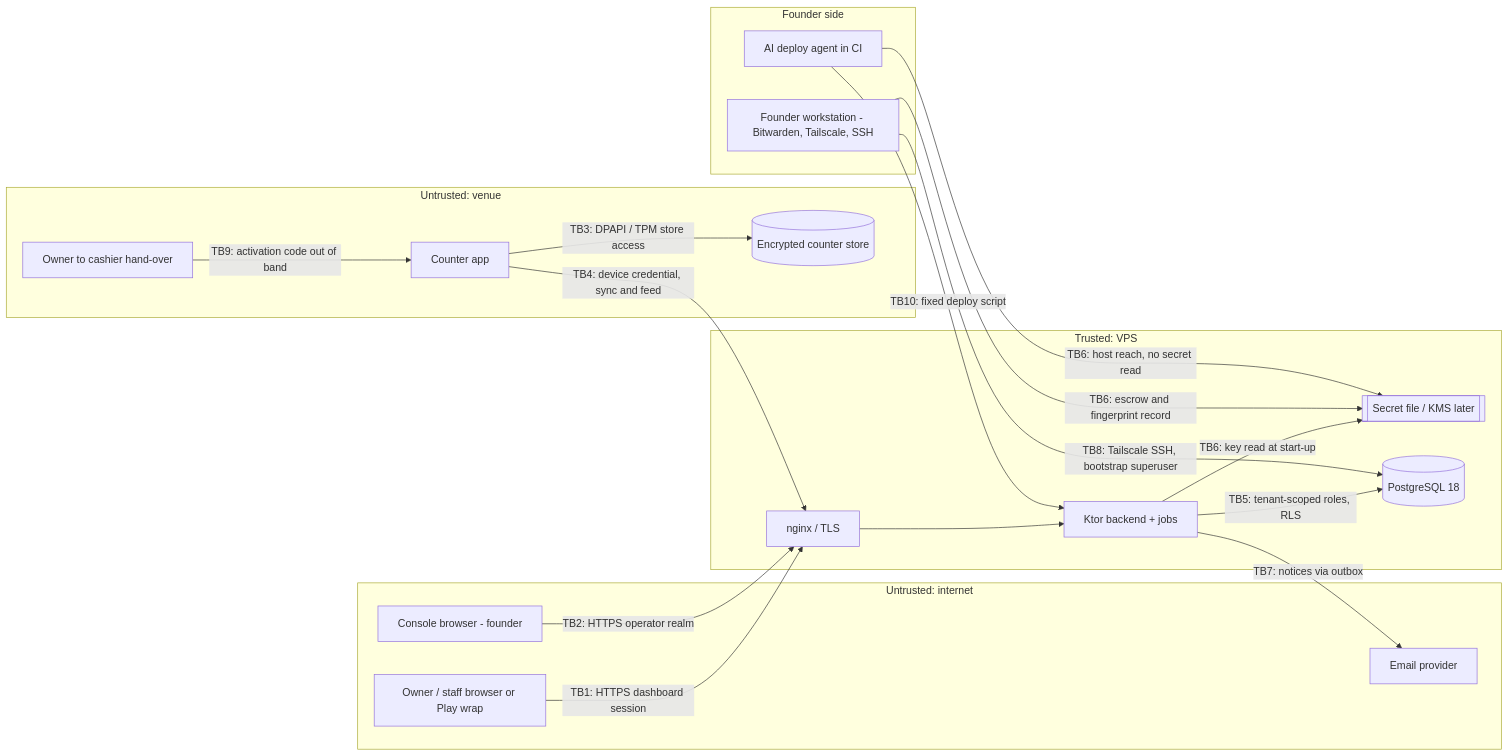
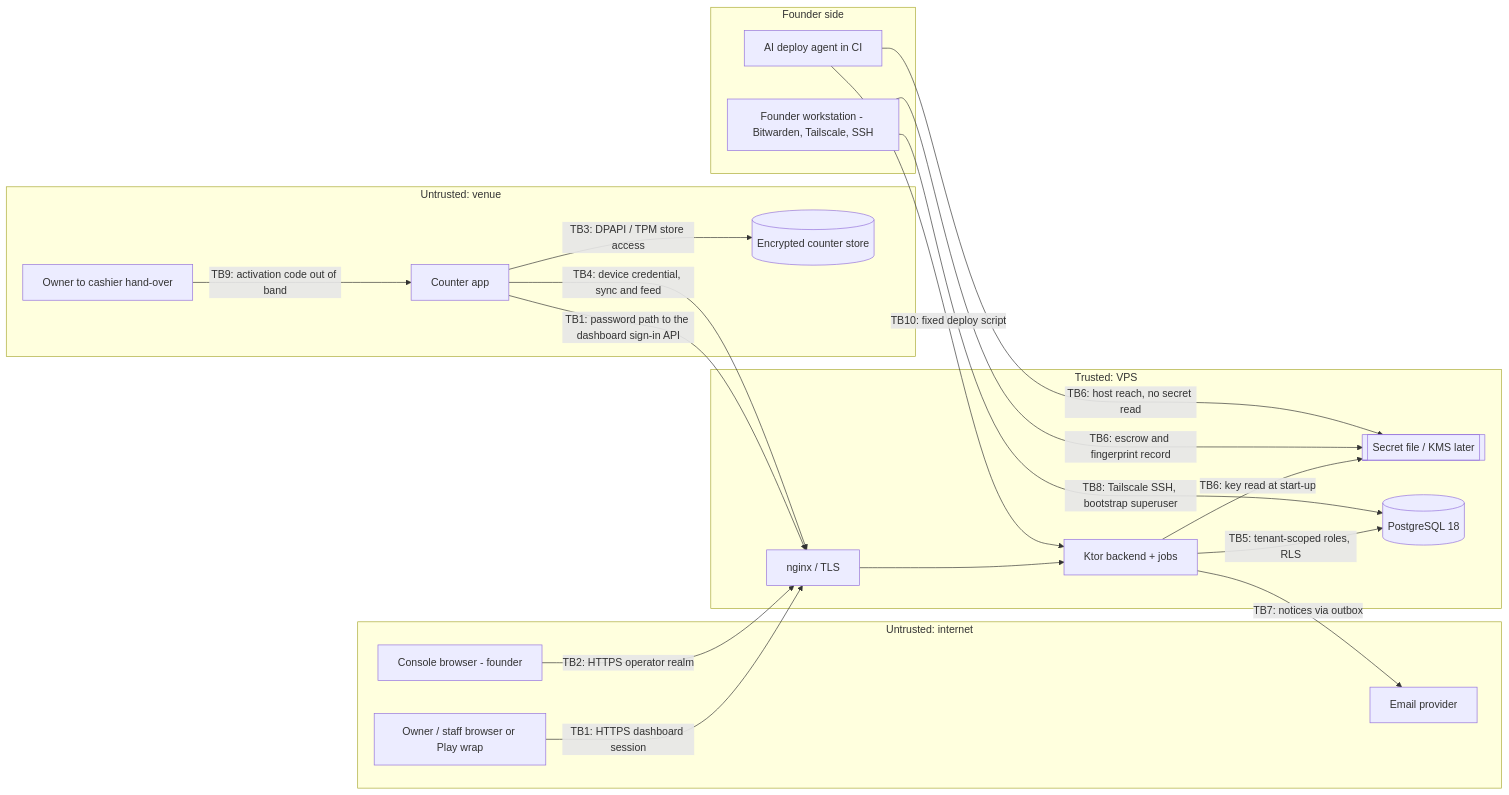
The diagram in docs/architecture/threat-models/staff-auth.md (Kodelix/kodeebo), drawn with Mermaid before and after one commit. The commit also changed other lines of this file and 6 other files, not shown here.

````diff
--- a/docs/architecture/threat-models/staff-auth.md
+++ b/docs/architecture/threat-models/staff-auth.md
@@ -76,35 +78,36 @@
 ```mermaid
 flowchart LR
   subgraph Internet["Untrusted: internet"]
     B[Owner / staff browser or Play wrap]
     CB[Console browser - founder]
     EM[Email provider]
   end
   subgraph Venue["Untrusted: venue"]
     CA[Counter app]
     ST[(Encrypted counter store)]
     OOB[Owner to cashier hand-over]
   end
   subgraph Founder["Founder side"]
     WS[Founder workstation - Bitwarden, Tailscale, SSH]
     CI[AI deploy agent in CI]
   end
   subgraph Host["Trusted: VPS"]
     NX[nginx / TLS]
     API[Ktor backend + jobs]
     SF[[Secret file / KMS later]]
     DB[(PostgreSQL 18)]
   end
   B -- "TB1: HTTPS dashboard session" --> NX --> API
+  CA -- "TB1: password path to the dashboard sign-in API" --> NX
   CB -- "TB2: HTTPS operator realm" --> NX
   CA -- "TB3: DPAPI / TPM store access" --> ST
   CA -- "TB4: device credential, sync and feed" --> NX
   API -- "TB5: tenant-scoped roles, RLS" --> DB
   API -- "TB6: key read at start-up" --> SF
   API -- "TB7: notices via outbox" --> EM
   WS -- "TB8: Tailscale SSH, bootstrap superuser" --> DB
   OOB -- "TB9: activation code out of band" --> CA
   CI -- "TB10: fixed deploy script" --> API
   WS -- "TB6: escrow and fingerprint record" --> SF
   CI -- "TB6: host reach, no secret read" --> SF
 ```
````
